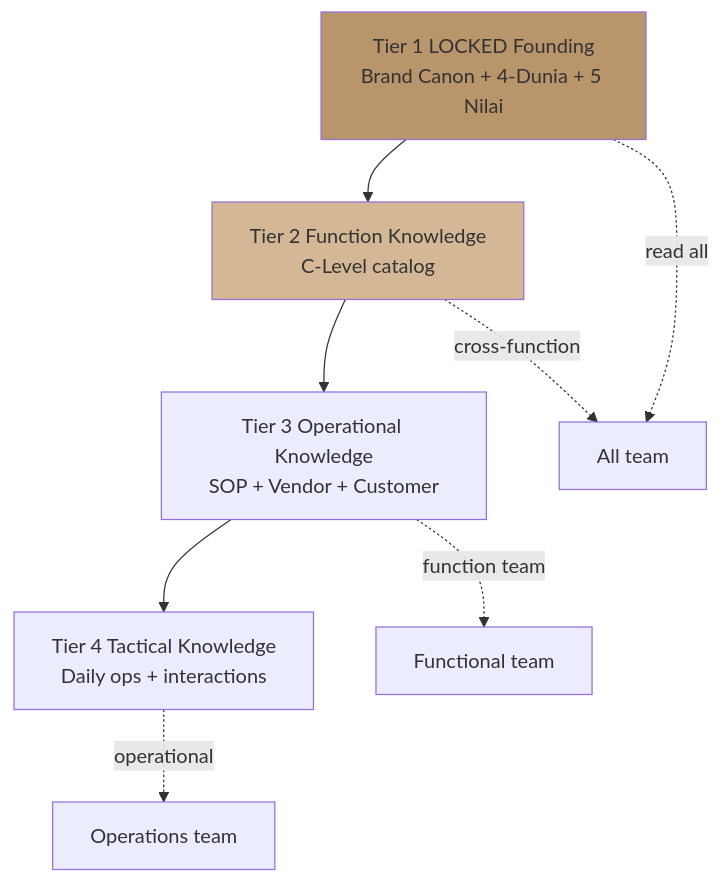
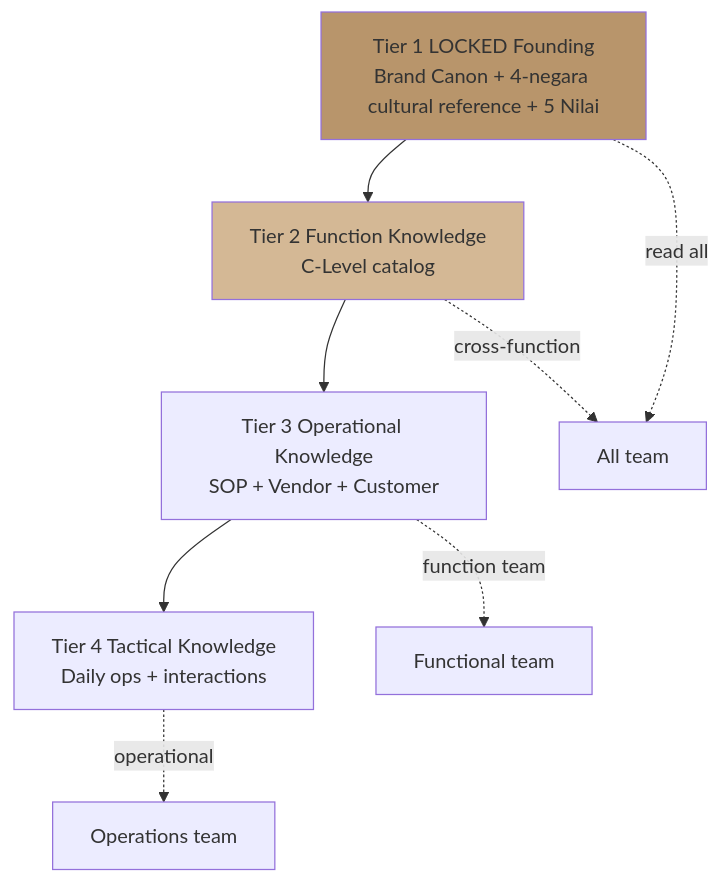
One commit to MahewAi/Mahew changed the first of 3 diagrams in librechat-deploy/skills/atmaja/knowledge-orchestration.md. Above: the diagram before and after it, drawn with Mermaid. The commit also changed other lines of this file and 80 other files, not shown here.

````diff
--- a/librechat-deploy/skills/atmaja/knowledge-orchestration.md
+++ b/librechat-deploy/skills/atmaja/knowledge-orchestration.md
@@ -350,19 +350,19 @@
 ```mermaid
 flowchart TD
-    A[Tier 1 LOCKED Founding<br/>Brand Canon + 4-Dunia + 5 Nilai] 
+    A[Tier 1 LOCKED Founding<br/>Brand Canon + 4-negara cultural reference + 5 Nilai] 
     B[Tier 2 Function Knowledge<br/>C-Level catalog]
     C[Tier 3 Operational Knowledge<br/>SOP + Vendor + Customer]
     D[Tier 4 Tactical Knowledge<br/>Daily ops + interactions]
     
     A --> B
     B --> C
     C --> D
     
     A -.read all.-> E[All team]
     B -.cross-function.-> E
     C -.function team.-> F[Functional team]
     D -.operational.-> G[Operations team]
     
     style A fill:#B8956B
     style B fill:#D4B895
 ```
````
